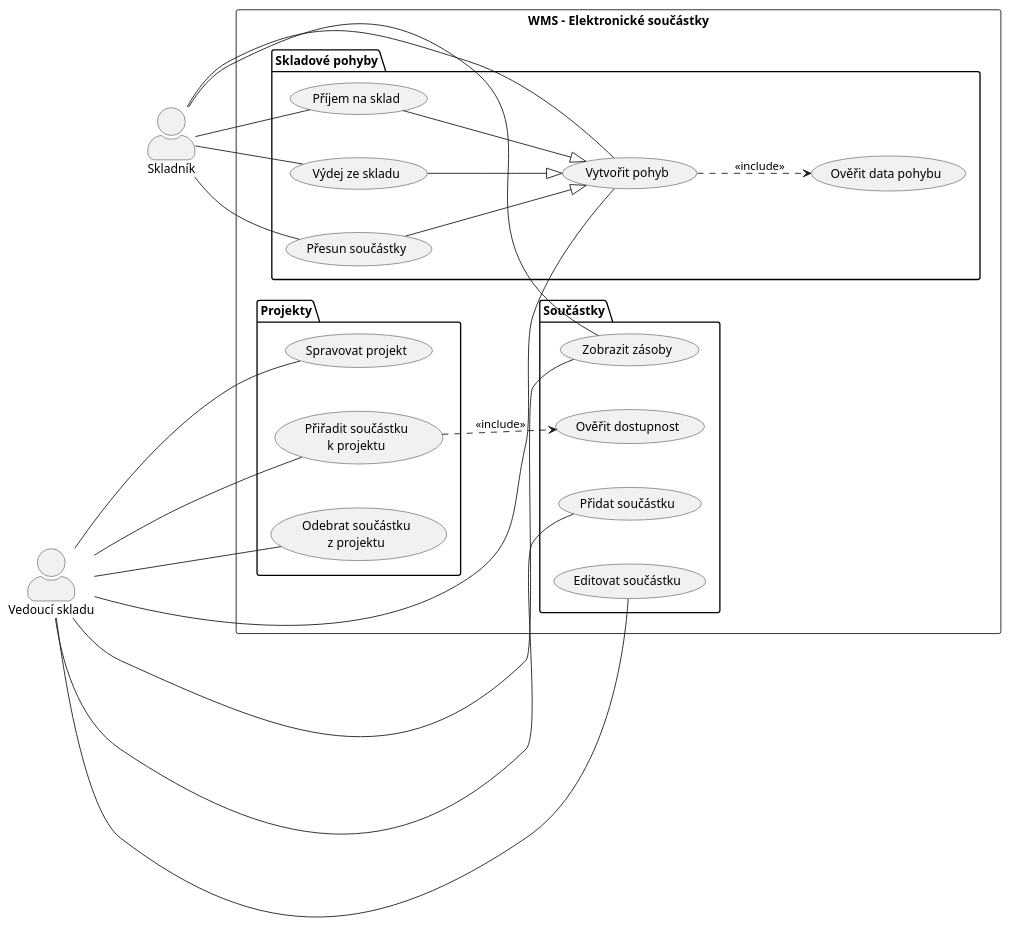
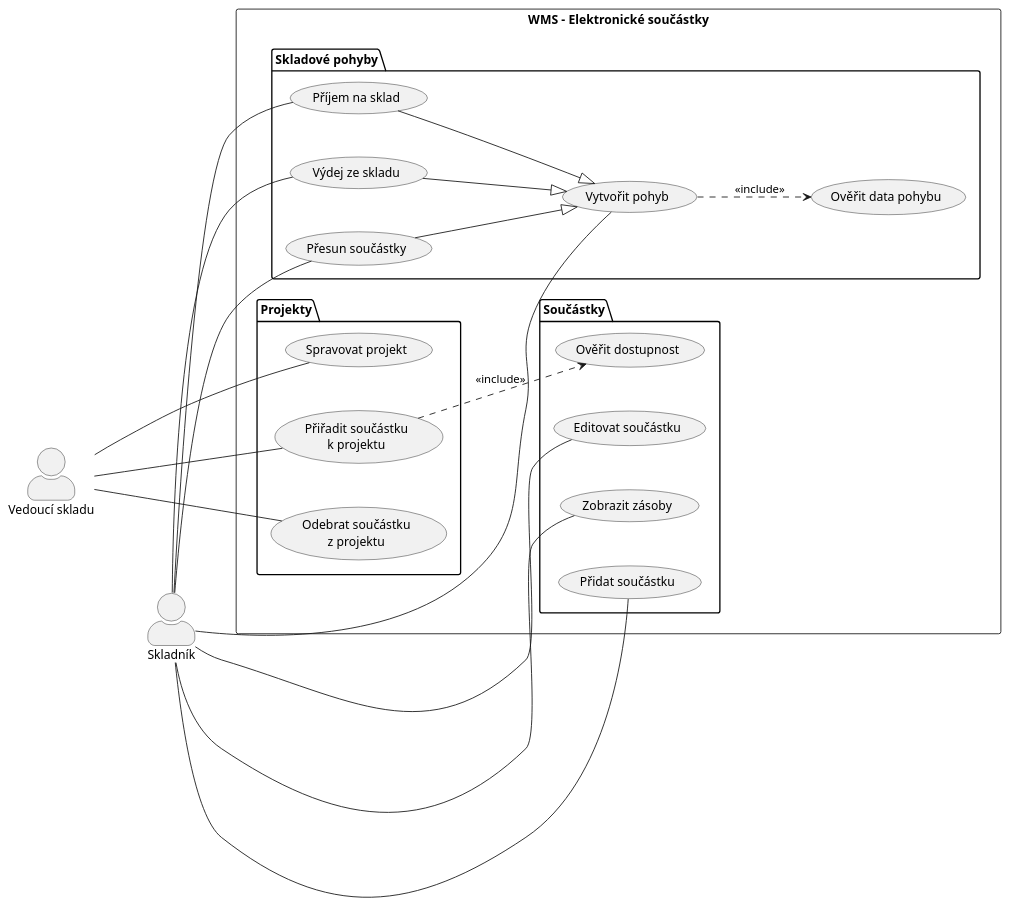
One commit to lkvapil/kOdevzdaniProjektWMS changed the diagram in diagrams/01_use_case.puml. Above: the diagram before and after it, drawn with PlantUML. The commit also changed 2 other files, not shown here.

Commit message:
fix: use case diagram a popisy roli - konzistence vedouci vs skladnik

```diff
--- a/diagrams/01_use_case.puml
+++ b/diagrams/01_use_case.puml
@@ -1,61 +1,59 @@
 @startuml 01_use_case
 left to right direction
 skinparam actorStyle awesome
 skinparam nodesep 50
 skinparam ranksep 60
 skinparam packagePadding 10
 
 actor "Vedoucí skladu" as Vedouci
 actor "Skladník" as Skladnik
 
 Vedouci -[hidden]down- Skladnik
 
 rectangle "WMS – Elektronické součástky" {
 
   package "Projekty" {
     usecase "Spravovat projekt" as UC_PROJEKT
     usecase "Přiřadit součástku\nk projektu" as UC_PRIRADIT
     usecase "Odebrat součástku\nz projektu" as UC_ODEBRAT
   }
 
   package "Součástky" {
     usecase "Přidat součástku" as UC_ADD
     usecase "Editovat součástku" as UC_EDIT
     usecase "Zobrazit zásoby" as UC_ZASOBY
     usecase "Ověřit dostupnost" as UC_DOSTUPNOST
   }
 
   package "Skladové pohyby" {
     usecase "Vytvořit pohyb" as UC_POHYB
     usecase "Ověřit data pohybu" as UC_OVERIT
     usecase "Příjem na sklad" as UC_PRIJEM
     usecase "Výdej ze skladu" as UC_VYDEJ
     usecase "Přesun součástky" as UC_PRESUN
   }
 
 }
 
 Vedouci -- UC_PROJEKT
 Vedouci -- UC_PRIRADIT
 Vedouci -- UC_ODEBRAT
-Vedouci -- UC_ADD
-Vedouci -- UC_EDIT
-Vedouci -- UC_ZASOBY
-Vedouci -- UC_POHYB
 
+Skladnik -- UC_ADD
+Skladnik -- UC_EDIT
+Skladnik -- UC_ZASOBY
 Skladnik -- UC_PRIJEM
 Skladnik -- UC_VYDEJ
 Skladnik -- UC_PRESUN
-Skladnik -- UC_ZASOBY
 Skladnik -- UC_POHYB
 
 ' include
 UC_POHYB    ..> UC_OVERIT     : <<include>>
 UC_PRIRADIT ..> UC_DOSTUPNOST : <<include>>
 
 ' generalizace místo extend – specifické varianty pohybu
 UC_PRIJEM --|> UC_POHYB
 UC_VYDEJ  --|> UC_POHYB
 UC_PRESUN --|> UC_POHYB
 
 @enduml
```
